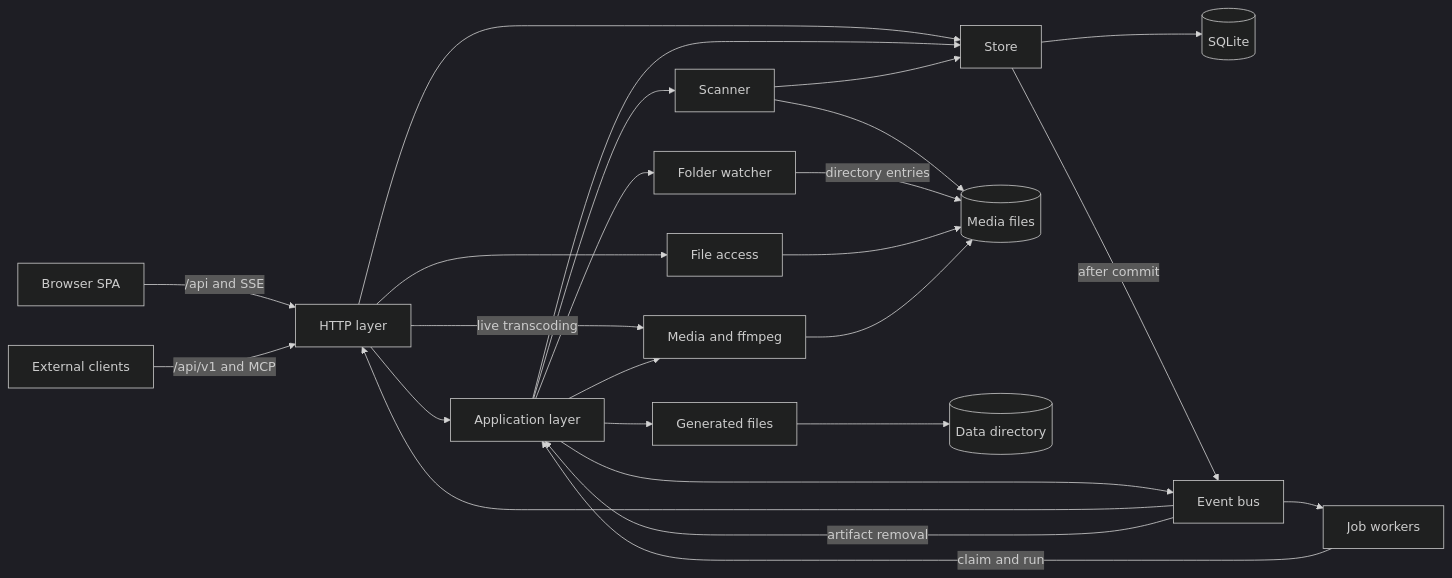
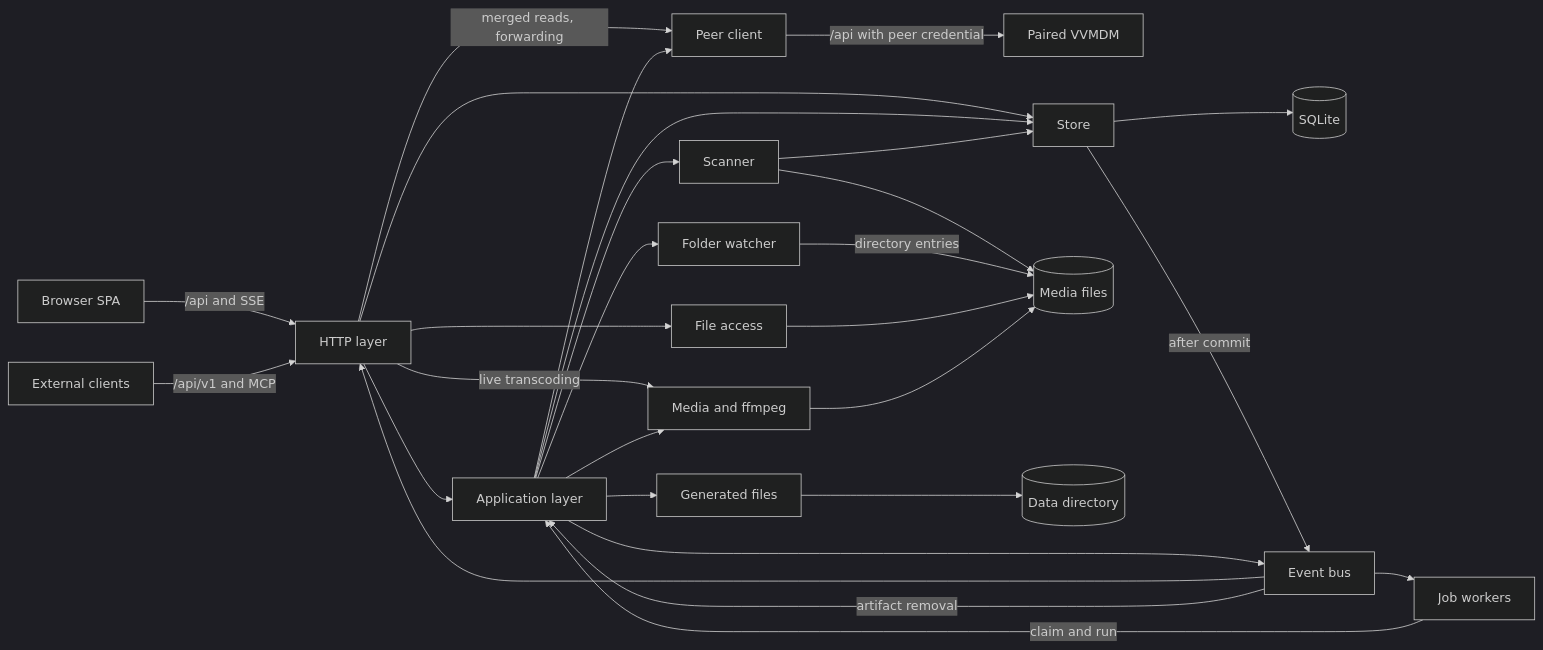
One commit to syudead/vv changed the first of 3 diagrams in ARCHITECTURE.md. Above: the diagram before and after it, drawn with Mermaid (dark theme). The commit also changed other lines of this file and 11 other files, not shown here.

````diff
--- a/ARCHITECTURE.md
+++ b/ARCHITECTURE.md
@@ -21,27 +21,30 @@
 ```mermaid
 flowchart LR
   browser[Browser SPA] -->|/api and SSE| http[HTTP layer]
   ext[External clients] -->|/api/v1 and MCP| http
   http --> app[Application layer]
+  http -->|merged reads, forwarding| peer[Peer client]
+  app --> peer
+  peer -->|/api with peer credential| other[Paired VVMDM]
   http --> store[Store]
   http --> mediafs[File access]
   http -->|live transcoding| media[Media and ffmpeg]
   app --> scanner[Scanner]
   app --> watcher[Folder watcher]
   app --> media
   app --> artifacts[Generated files]
   app --> store
   workers[Job workers] -->|claim and run| app
   scanner --> store
   store --> sqlite[(SQLite)]
   store -->|after commit| bus[Event bus]
   app --> bus
   bus --> http
   bus --> workers
   bus -->|artifact removal| app
   scanner --> disk[(Media files)]
   watcher -->|directory entries| disk
   mediafs --> disk
   media --> disk
   artifacts --> gendisk[(Data directory)]
 ```
````
